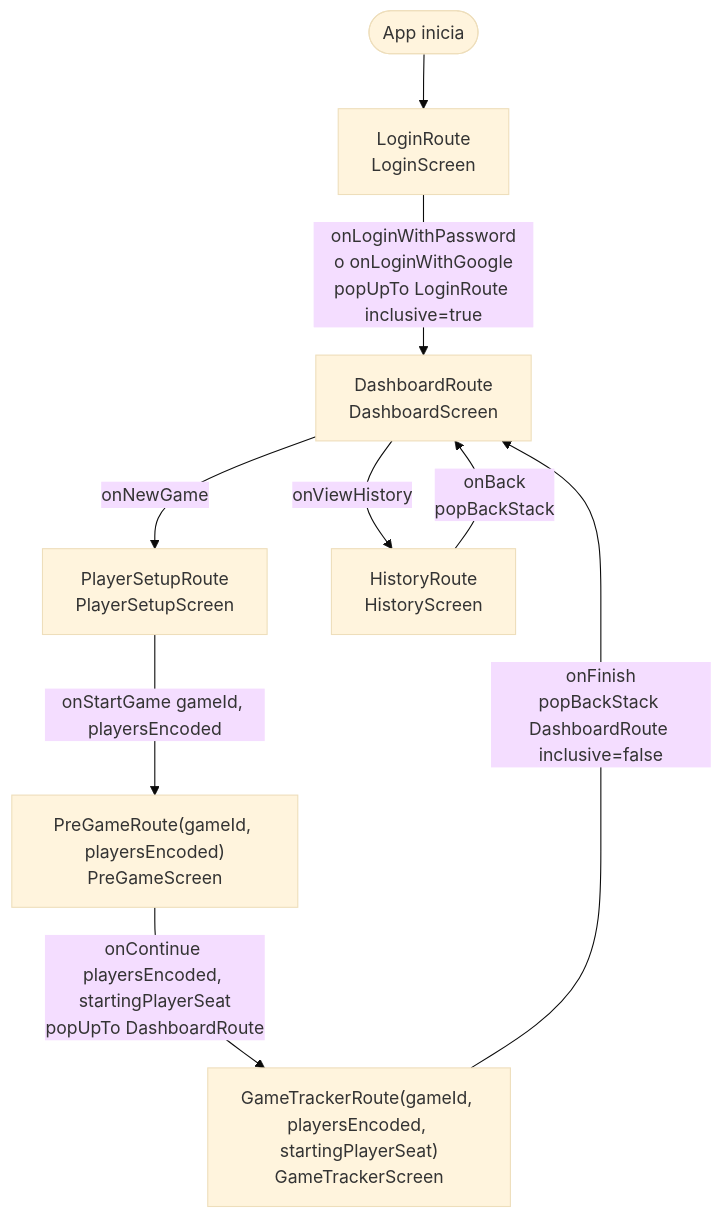
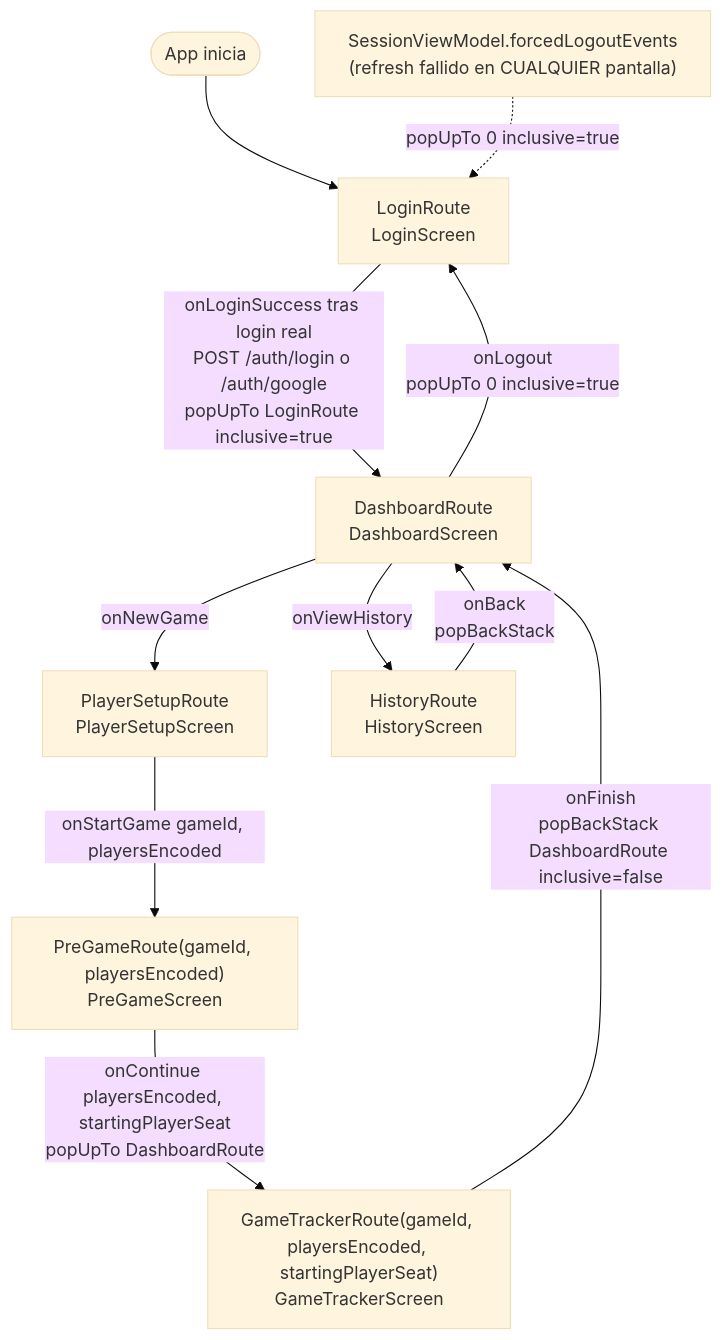
The diagram in docs/diagrams/android-navigation-flow.md (mllagostera/commander-companion), drawn with Mermaid (base theme) before and after one commit. The commit also changed other lines of this file and 35 other files, not shown here.

````diff
--- a/docs/diagrams/android-navigation-flow.md
+++ b/docs/diagrams/android-navigation-flow.md
@@ -10,17 +10,20 @@
 ```mermaid
 flowchart TD
     Start([App inicia]) --> Login[LoginRoute\nLoginScreen]
 
-    Login -->|onLoginWithPassword\no onLoginWithGoogle\npopUpTo LoginRoute inclusive=true| Dashboard[DashboardRoute\nDashboardScreen]
+    Login -->|onLoginSuccess tras login real\nPOST /auth/login o /auth/google\npopUpTo LoginRoute inclusive=true| Dashboard[DashboardRoute\nDashboardScreen]
 
     Dashboard -->|onNewGame| Setup[PlayerSetupRoute\nPlayerSetupScreen]
     Dashboard -->|onViewHistory| History[HistoryRoute\nHistoryScreen]
+    Dashboard -->|onLogout\npopUpTo 0 inclusive=true| Login
 
     Setup -->|onStartGame gameId, playersEncoded| PreGame["PreGameRoute(gameId, playersEncoded)\nPreGameScreen"]
 
     PreGame -->|onContinue playersEncoded, startingPlayerSeat\npopUpTo DashboardRoute| Tracker["GameTrackerRoute(gameId, playersEncoded, startingPlayerSeat)\nGameTrackerScreen"]
 
     Tracker -->|onFinish\npopBackStack DashboardRoute inclusive=false| Dashboard
 
     History -->|onBack\npopBackStack| Dashboard
+
+    SessionViewModel["SessionViewModel.forcedLogoutEvents\n(refresh fallido en CUALQUIER pantalla)"] -.->|popUpTo 0 inclusive=true| Login
 ```
````
